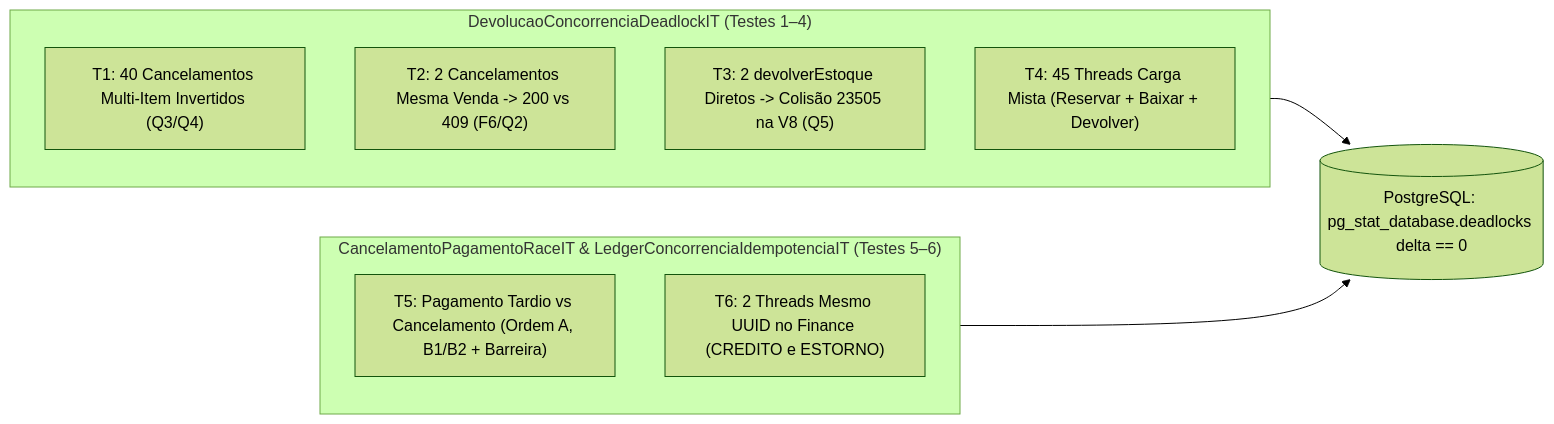
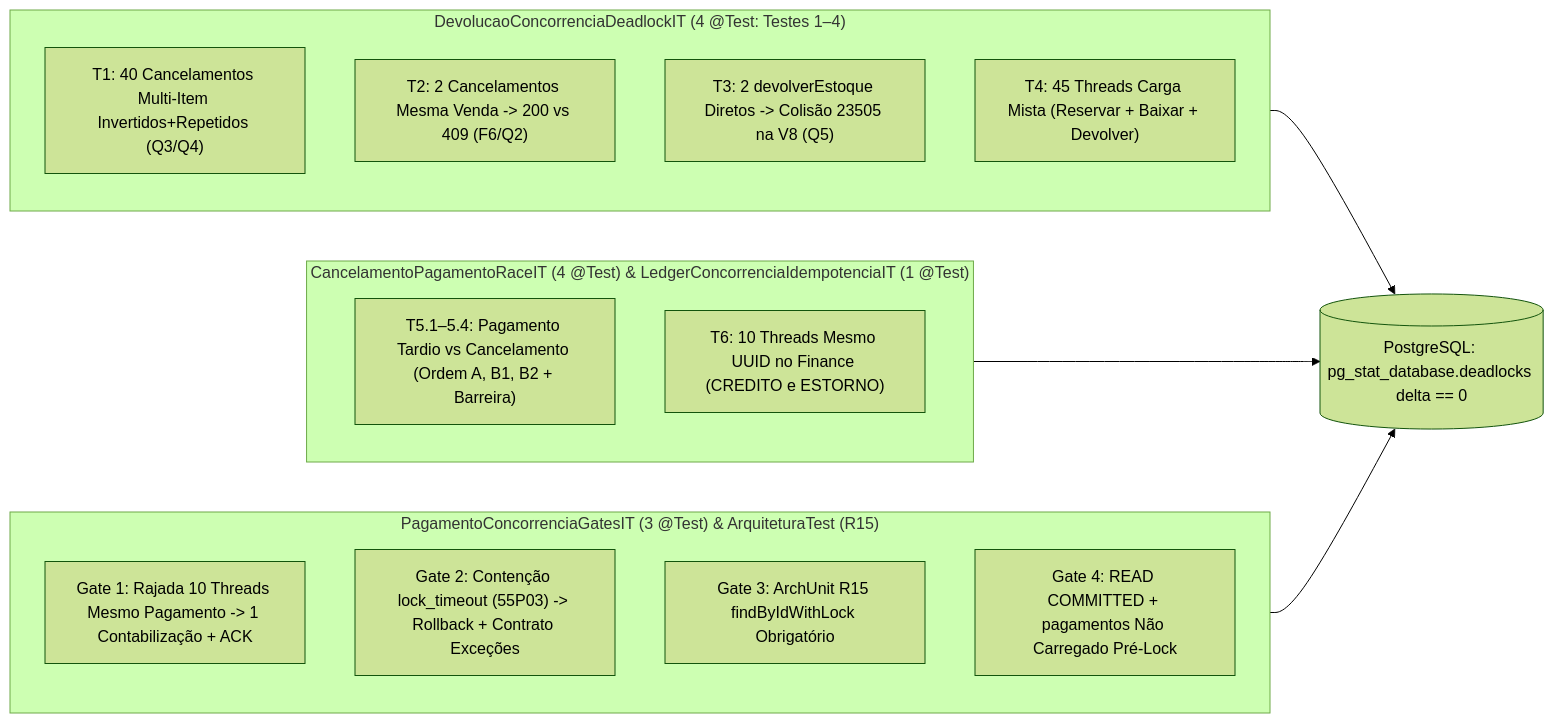
Before and after one commit to iXDGabrielTK/petshop-microservices: the diagram in docs/debt/DEBT-ARCH-003/E4.md, drawn with Mermaid (forest theme). The commit also changed other lines of this file and 10 other files, not shown here.

````diff
--- a/docs/debt/DEBT-ARCH-003/E4.md
+++ b/docs/debt/DEBT-ARCH-003/E4.md
@@ -36,16 +36,23 @@
 ```mermaid
 flowchart LR
-    subgraph T14["DevolucaoConcorrenciaDeadlockIT (Testes 1–4)"]
-        T1["T1: 40 Cancelamentos Multi-Item Invertidos (Q3/Q4)"]
+    subgraph T14["DevolucaoConcorrenciaDeadlockIT (4 @Test: Testes 1–4)"]
+        T1["T1: 40 Cancelamentos Multi-Item Invertidos+Repetidos (Q3/Q4)"]
         T2["T2: 2 Cancelamentos Mesma Venda -> 200 vs 409 (F6/Q2)"]
         T3["T3: 2 devolverEstoque Diretos -> Colisão 23505 na V8 (Q5)"]
         T4["T4: 45 Threads Carga Mista (Reservar + Baixar + Devolver)"]
     end
-    subgraph T56["CancelamentoPagamentoRaceIT & LedgerConcorrenciaIdempotenciaIT (Testes 5–6)"]
-        T5["T5: Pagamento Tardio vs Cancelamento (Ordem A, B1/B2 + Barreira)"]
-        T6["T6: 2 Threads Mesmo UUID no Finance (CREDITO e ESTORNO)"]
+    subgraph T56["CancelamentoPagamentoRaceIT (4 @Test) & LedgerConcorrenciaIdempotenciaIT (1 @Test)"]
+        T5["T5.1–5.4: Pagamento Tardio vs Cancelamento (Ordem A, B1, B2 + Barreira)"]
+        T6["T6: 10 Threads Mesmo UUID no Finance (CREDITO e ESTORNO)"]
+    end
+    subgraph G14["PagamentoConcorrenciaGatesIT (3 @Test) & ArquiteturaTest (R15)"]
+        G1["Gate 1: Rajada 10 Threads Mesmo Pagamento -> 1 Contabilização + ACK"]
+        G2["Gate 2: Contenção lock_timeout (55P03) -> Rollback + Contrato Exceções"]
+        G3["Gate 3: ArchUnit R15 findByIdWithLock Obrigatório"]
+        G4["Gate 4: READ COMMITTED + pagamentos Não Carregado Pré-Lock"]
     end
     PG[("PostgreSQL: pg_stat_database.deadlocks delta == 0")]
     T14 --> PG
     T56 --> PG
+    G14 --> PG
 ```
````
